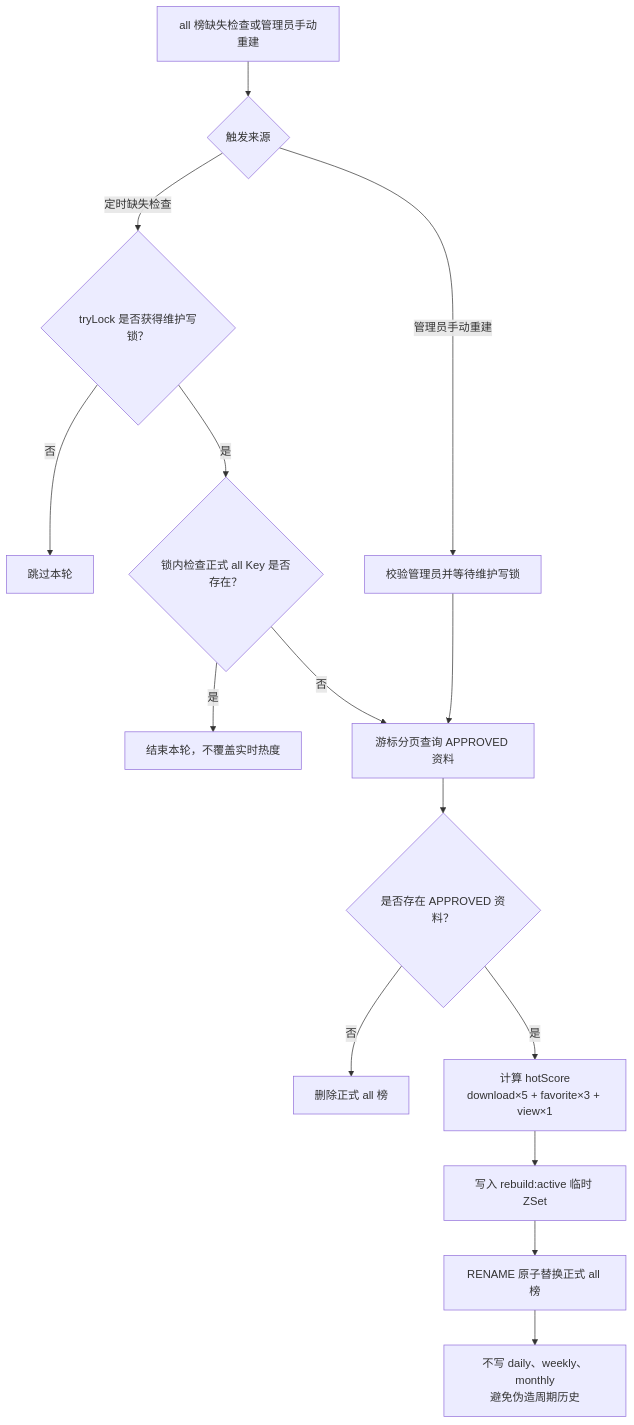
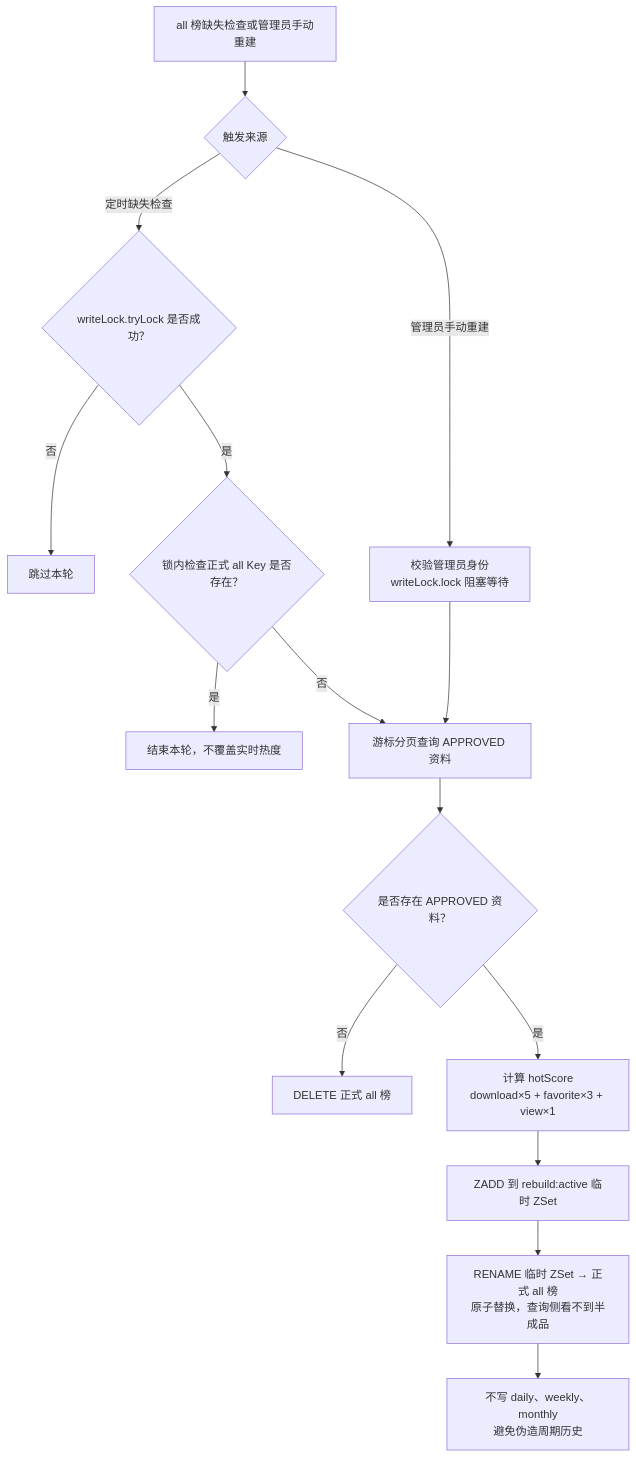
One commit to clear48/campus-resource-platform changed the fourth of 4 diagrams in docs/modules/09-rank-development-process.md. Above: the diagram before and after it, drawn with Mermaid. The commit also changed other lines of this file, not shown here.

Commit message:
docs(rank): correct Redis key descriptions, lock mechanisms, and outdated status markers in rank development process

````diff
--- a/docs/modules/09-rank-development-process.md
+++ b/docs/modules/09-rank-development-process.md
@@ -424,17 +449,17 @@
 ```mermaid
 flowchart TD
     A["all 榜缺失检查或管理员手动重建"] --> B{"触发来源"}
-    B -- "定时缺失检查" --> C{"tryLock 是否获得维护写锁？"}
+    B -- "定时缺失检查" --> C{"writeLock.tryLock 是否成功？"}
     C -- "否" --> D["跳过本轮"]
     C -- "是" --> C1{"锁内检查正式 all Key 是否存在？"}
     C1 -- "是" --> D1["结束本轮，不覆盖实时热度"]
     C1 -- "否" --> F["游标分页查询 APPROVED 资料"]
-    B -- "管理员手动重建" --> E["校验管理员并等待维护写锁"]
+    B -- "管理员手动重建" --> E["校验管理员身份<br/>writeLock.lock 阻塞等待"]
     E --> F
     F --> G{"是否存在 APPROVED 资料？"}
-    G -- "否" --> H["删除正式 all 榜"]
+    G -- "否" --> H["DELETE 正式 all 榜"]
     G -- "是" --> I["计算 hotScore<br/>download×5 + favorite×3 + view×1"]
-    I --> J["写入 rebuild:active 临时 ZSet"]
-    J --> K["RENAME 原子替换正式 all 榜"]
+    I --> J["ZADD 到 rebuild:active 临时 ZSet"]
+    J --> K["RENAME 临时 ZSet → 正式 all 榜<br/>原子替换，查询侧看不到半成品"]
     K --> L["不写 daily、weekly、monthly<br/>避免伪造周期历史"]
 ```
````
